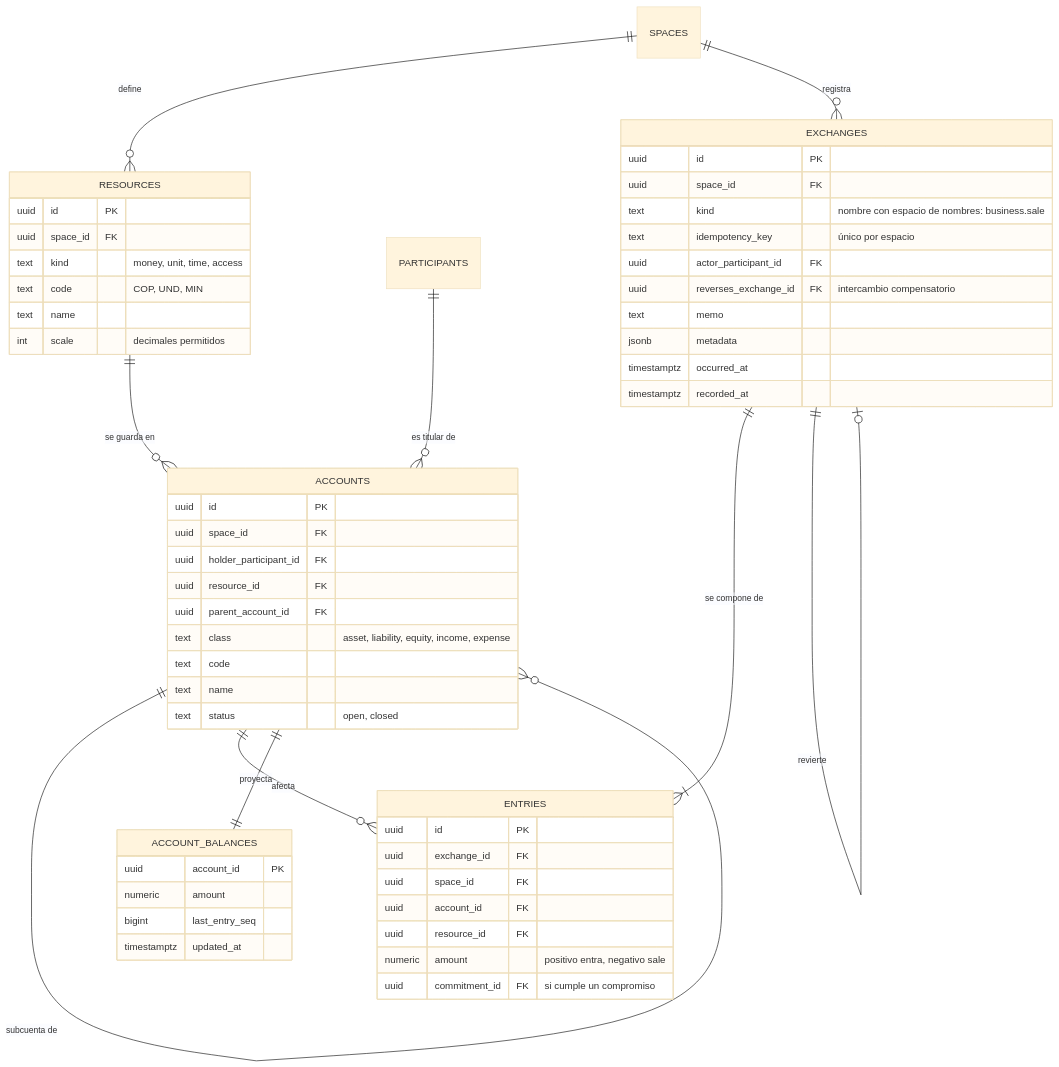
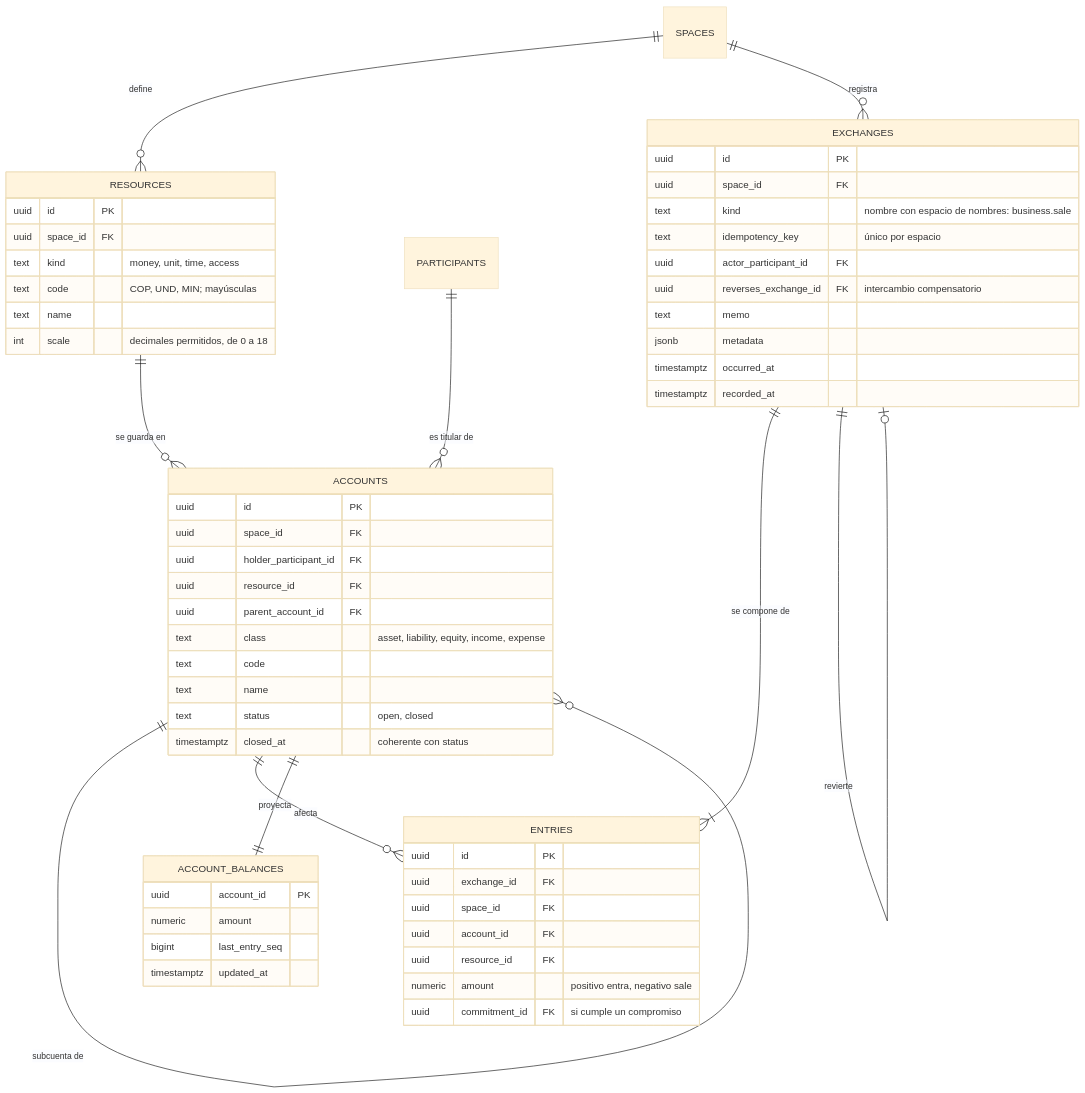
One commit to NexusThrive/nexusthrive changed the second of 4 diagrams in docs/02-arquitectura/modelo-de-datos/kernel.md. Above: the diagram before and after it, drawn with Mermaid (base theme). The commit also changed other lines of this file and 2 other files, not shown here.

Commit message:
docs(HU-kernel-resources-07): document resources and accounts and update sprint status

````diff
--- a/docs/02-arquitectura/modelo-de-datos/kernel.md
+++ b/docs/02-arquitectura/modelo-de-datos/kernel.md
@@ -149,59 +149,60 @@
 ```mermaid
 erDiagram
     SPACES ||--o{ RESOURCES : "define"
     RESOURCES ||--o{ ACCOUNTS : "se guarda en"
     PARTICIPANTS ||--o{ ACCOUNTS : "es titular de"
     ACCOUNTS ||--o{ ACCOUNTS : "subcuenta de"
     SPACES ||--o{ EXCHANGES : "registra"
     EXCHANGES ||--|{ ENTRIES : "se compone de"
     ACCOUNTS ||--o{ ENTRIES : "afecta"
     EXCHANGES ||--o| EXCHANGES : "revierte"
     ACCOUNTS ||--|| ACCOUNT_BALANCES : "proyecta"
 
     RESOURCES {
         uuid id PK
         uuid space_id FK
         text kind "money, unit, time, access"
-        text code "COP, UND, MIN"
+        text code "COP, UND, MIN; mayúsculas"
         text name
-        int scale "decimales permitidos"
+        int scale "decimales permitidos, de 0 a 18"
     }
     ACCOUNTS {
         uuid id PK
         uuid space_id FK
         uuid holder_participant_id FK
         uuid resource_id FK
         uuid parent_account_id FK
         text class "asset, liability, equity, income, expense"
         text code
         text name
         text status "open, closed"
+        timestamptz closed_at "coherente con status"
     }
     EXCHANGES {
         uuid id PK
         uuid space_id FK
         text kind "nombre con espacio de nombres: business.sale"
         text idempotency_key "único por espacio"
         uuid actor_participant_id FK
         uuid reverses_exchange_id FK "intercambio compensatorio"
         text memo
         jsonb metadata
         timestamptz occurred_at
         timestamptz recorded_at
     }
     ENTRIES {
         uuid id PK
         uuid exchange_id FK
         uuid space_id FK
         uuid account_id FK
         uuid resource_id FK
         numeric amount "positivo entra, negativo sale"
         uuid commitment_id FK "si cumple un compromiso"
     }
     ACCOUNT_BALANCES {
         uuid account_id PK
         numeric amount
         bigint last_entry_seq
         timestamptz updated_at
     }
 ```
````
